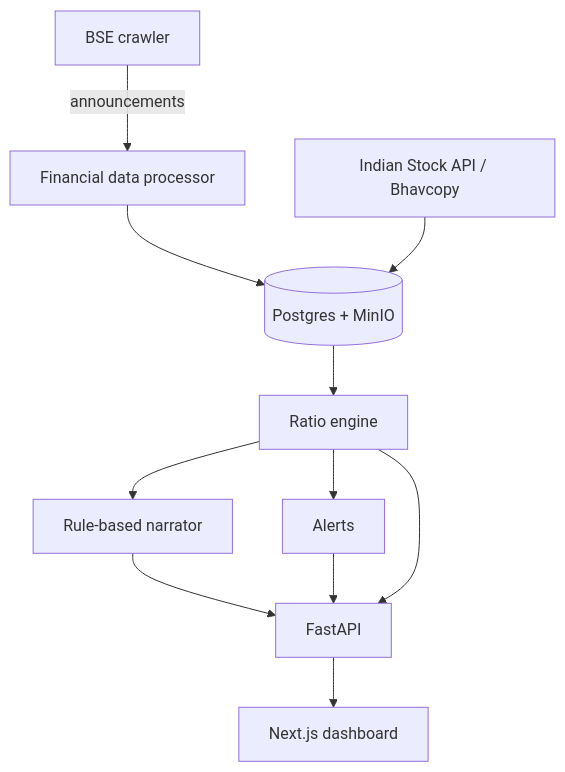
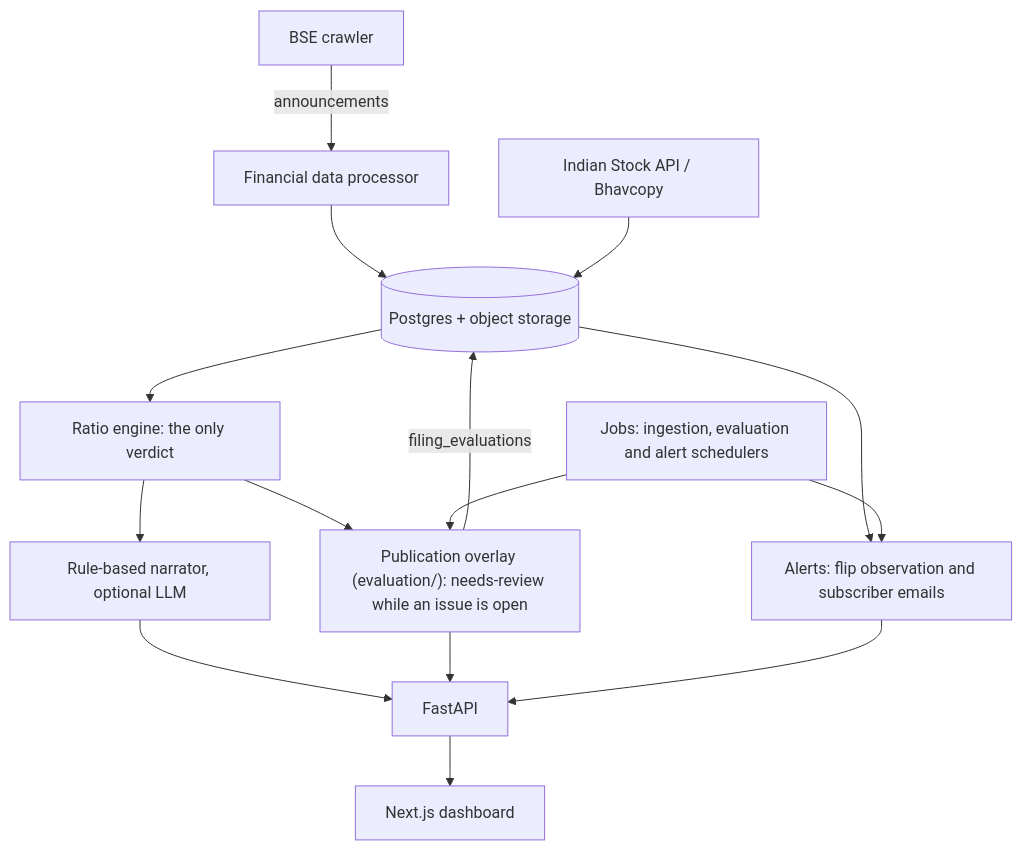
Before and after one commit to hamza-aziz-ai/HalalLens: the diagram in docs/guides/STRUCTURE.md, drawn with Mermaid. The commit also changed 25 other files, not shown here.

````diff
--- a/docs/guides/STRUCTURE.md
+++ b/docs/guides/STRUCTURE.md
@@ -32,13 +32,17 @@
 ```mermaid
 flowchart TD
-    Crawler[BSE crawler] -->|announcements| ETL[Financial data processor]
-    ETL --> DB[(Postgres + MinIO)]
-    Market[Indian Stock API / Bhavcopy] --> DB
-    DB --> Engine[Ratio engine]
-    Engine --> Narrator[Rule-based narrator]
-    Engine --> Alerts[Alerts]
-    Narrator --> API[FastAPI]
+    Crawler["`BSE crawler`"] -->|"`announcements`"| ETL["`Financial data processor`"]
+    ETL --> DB[("`Postgres + object storage`")]
+    Market["`Indian Stock API / Bhavcopy`"] --> DB
+    DB --> Engine["`Ratio engine: the only verdict`"]
+    Engine --> Overlay["`Publication overlay (evaluation/): needs-review while an issue is open`"]
+    Overlay -->|"`filing_evaluations`"| DB
+    Engine --> Narrator["`Rule-based narrator, optional LLM`"]
+    Narrator --> API["`FastAPI`"]
+    Overlay --> API
+    DB --> Alerts["`Alerts: flip observation and subscriber emails`"]
     Alerts --> API
-    Engine --> API
-    API --> UI[Next.js dashboard]
+    Jobs["`Jobs: ingestion, evaluation and alert schedulers`"] --> Overlay
+    Jobs --> Alerts
+    API --> UI["`Next.js dashboard`"]
 ```
````
